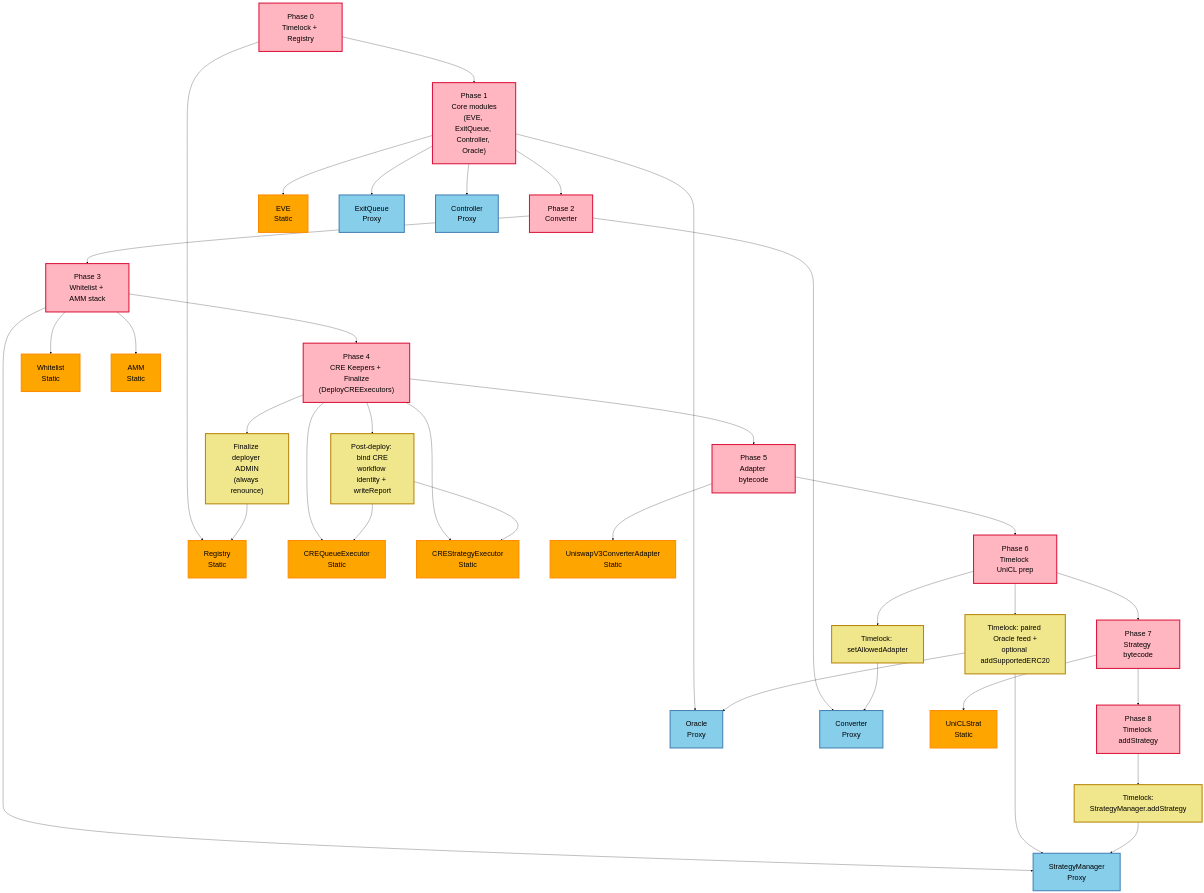
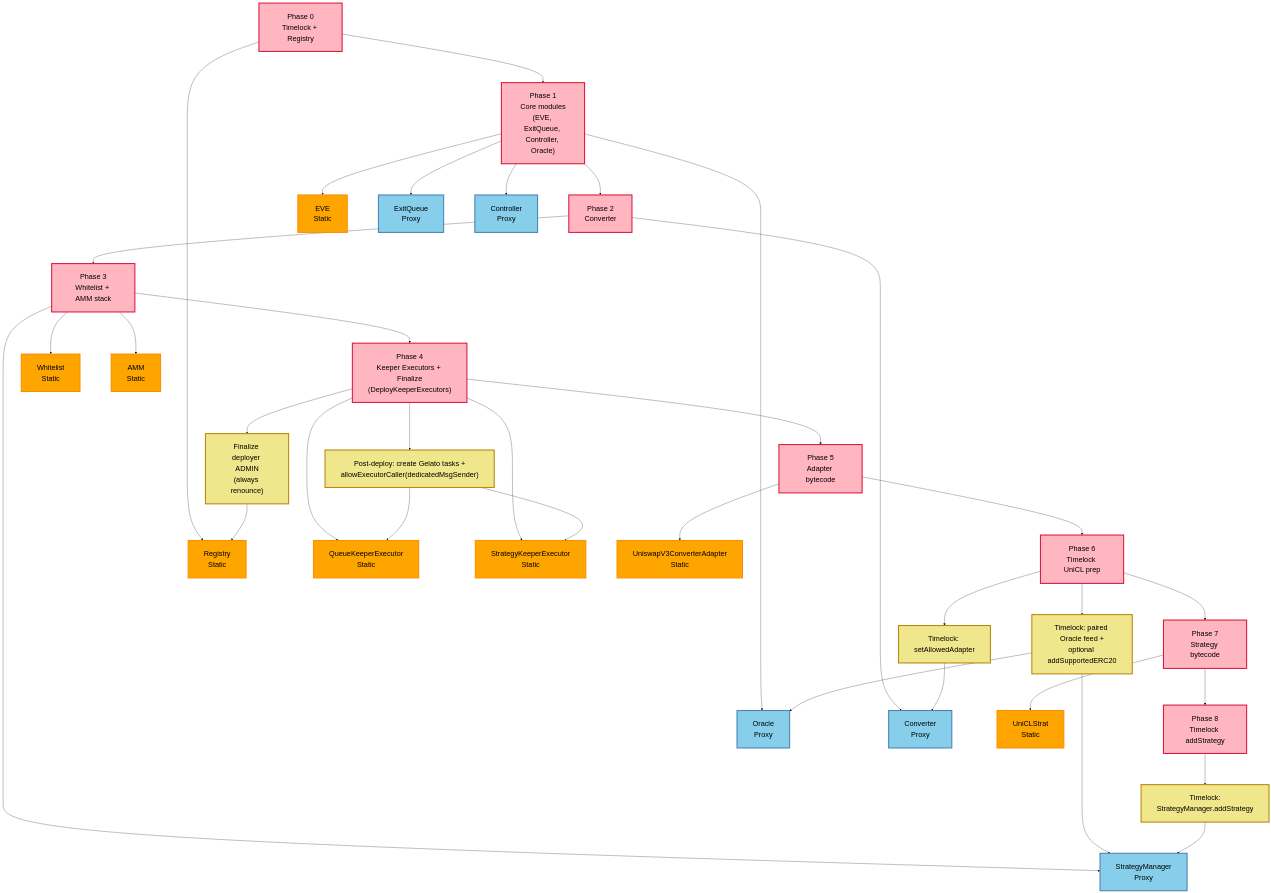
Before and after one commit to everstrat-xyz/contracts: the diagram in mermaid/deployment-architecture.md, drawn with Mermaid. The commit also changed other lines of this file and 36 other files, not shown here.

First line of the commit message:
Migrate keeper executors from Chainlink CRE to Gelato

````diff
--- a/mermaid/deployment-architecture.md
+++ b/mermaid/deployment-architecture.md
@@ -5,78 +5,78 @@
 ```mermaid
 %%{init: {'theme':'base', 'themeVariables': { 'fontSize': '28px', 'primaryTextColor': '#000000'}, 'flowchart': {'nodeSpacing': 120, 'rankSpacing': 120, 'padding': 30}}}%%
 graph TB
     Phase0["Phase 0<br/>Timelock + Registry"]
     Phase1["Phase 1<br/>Core modules<br/>(EVE, ExitQueue, Controller, Oracle)"]
     Phase2["Phase 2<br/>Converter"]
     Phase3["Phase 3<br/>Whitelist + AMM stack"]
-    Phase4["Phase 4<br/>CRE Keepers + Finalize<br/>(DeployCREExecutors)"]
+    Phase4["Phase 4<br/>Keeper Executors + Finalize<br/>(DeployKeeperExecutors)"]
     Phase5["Phase 5<br/>Adapter bytecode"]
     Phase6["Phase 6<br/>Timelock UniCL prep"]
     Phase7["Phase 7<br/>Strategy bytecode"]
     Phase8["Phase 8<br/>Timelock addStrategy"]
 
     RegistryStatic["Registry<br/>Static"]
     EVE["EVE<br/>Static"]
     ExitQueueProxy["ExitQueue<br/>Proxy"]
     ControllerProxy["Controller<br/>Proxy"]
     OracleProxy["Oracle<br/>Proxy"]
     ConverterProxy["Converter<br/>Proxy"]
     StrategyManagerProxy["StrategyManager<br/>Proxy"]
     Whitelist["Whitelist<br/>Static"]
     AMM["AMM<br/>Static"]
-    CREQueue["CREQueueExecutor<br/>Static"]
-    CREStrategy["CREStrategyExecutor<br/>Static"]
+    QueueKeeper["QueueKeeperExecutor<br/>Static"]
+    StrategyKeeper["StrategyKeeperExecutor<br/>Static"]
     Adapter["UniswapV3ConverterAdapter<br/>Static"]
     UniCLStrat["UniCLStrat<br/>Static"]
 
     FinalizeDeployer["Finalize deployer ADMIN<br/>(always renounce)"]
-    BindWorkflow["Post-deploy: bind CRE<br/>workflow identity + writeReport"]
+    BindTasks["Post-deploy: create Gelato tasks +<br/>allowExecutorCaller(dedicatedMsgSender)"]
     AllowAdapter["Timelock: setAllowedAdapter"]
     PairedFeed["Timelock: paired Oracle feed +<br/>optional addSupportedERC20"]
     AddStrategy["Timelock:<br/>StrategyManager.addStrategy"]
 
     Phase0 --> RegistryStatic
     Phase0 --> Phase1
     Phase1 --> EVE
     Phase1 --> ExitQueueProxy
     Phase1 --> ControllerProxy
     Phase1 --> OracleProxy
     Phase1 --> Phase2
     Phase2 --> ConverterProxy
     Phase2 --> Phase3
     Phase3 --> Whitelist
     Phase3 --> StrategyManagerProxy
     Phase3 --> AMM
     Phase3 --> Phase4
-    Phase4 --> CREQueue
-    Phase4 --> CREStrategy
+    Phase4 --> QueueKeeper
+    Phase4 --> StrategyKeeper
     Phase4 --> FinalizeDeployer
-    Phase4 --> BindWorkflow
+    Phase4 --> BindTasks
     Phase4 --> Phase5
     Phase5 --> Adapter
     Phase5 --> Phase6
     Phase6 --> AllowAdapter
     Phase6 --> PairedFeed
     Phase6 --> Phase7
     Phase7 --> UniCLStrat
     Phase7 --> Phase8
     Phase8 --> AddStrategy
 
     FinalizeDeployer --> RegistryStatic
-    BindWorkflow --> CREQueue
-    BindWorkflow --> CREStrategy
+    BindTasks --> QueueKeeper
+    BindTasks --> StrategyKeeper
     AllowAdapter --> ConverterProxy
     PairedFeed --> OracleProxy
     PairedFeed --> StrategyManagerProxy
     AddStrategy --> StrategyManagerProxy
 
     classDef phase fill:#FFB6C1,stroke:#DC143C,stroke-width:4px
     classDef static fill:#FFA500,stroke:#FF8C00,stroke-width:4px
     classDef proxy fill:#87CEEB,stroke:#4682B4,stroke-width:4px
     classDef setup fill:#F0E68C,stroke:#B8860B,stroke-width:4px
 
     class Phase0,Phase1,Phase2,Phase3,Phase4,Phase5,Phase6,Phase7,Phase8 phase
-    class RegistryStatic,EVE,AMM,Whitelist,CREQueue,CREStrategy,Adapter,UniCLStrat static
+    class RegistryStatic,EVE,AMM,Whitelist,QueueKeeper,StrategyKeeper,Adapter,UniCLStrat static
     class ExitQueueProxy,ControllerProxy,OracleProxy,ConverterProxy,StrategyManagerProxy proxy
-    class FinalizeDeployer,BindWorkflow,AllowAdapter,PairedFeed,AddStrategy setup
+    class FinalizeDeployer,BindTasks,AllowAdapter,PairedFeed,AddStrategy setup
 ```
````
